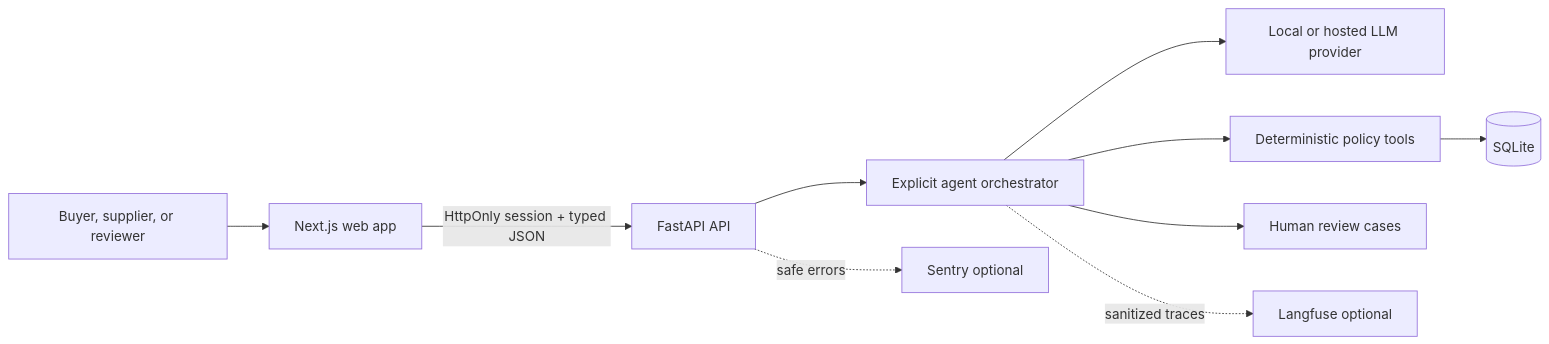
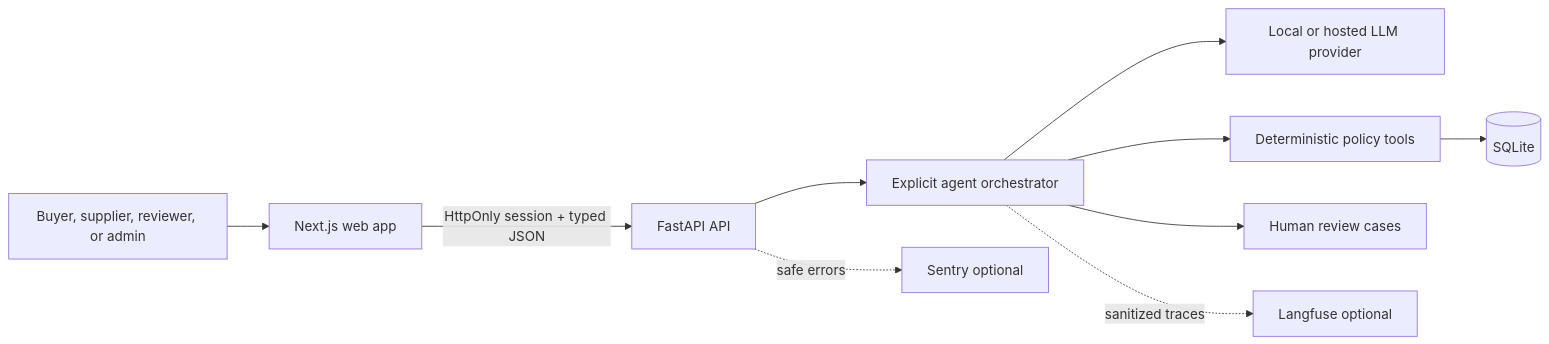
The diagram in README.md (BaduDueduMaxwell/Procura), drawn with Mermaid before and after one commit. The commit also changed other lines of this file and 10 other files, not shown here.

First line of the commit message:
feat(auth): separate reviewer and operations admin access

````diff
--- a/README.md
+++ b/README.md
@@ -20,12 +20,12 @@
 ```mermaid
 flowchart LR
-  U[Buyer, supplier, or reviewer] --> W[Next.js web app]
+  U[Buyer, supplier, reviewer, or admin] --> W[Next.js web app]
   W -->|HttpOnly session + typed JSON| A[FastAPI API]
   A --> O[Explicit agent orchestrator]
   O --> P[Local or hosted LLM provider]
   O --> T[Deterministic policy tools]
   T --> D[(SQLite)]
   O --> R[Human review cases]
   O -. sanitized traces .-> L[Langfuse optional]
   A -. safe errors .-> S[Sentry optional]
 ```
````
